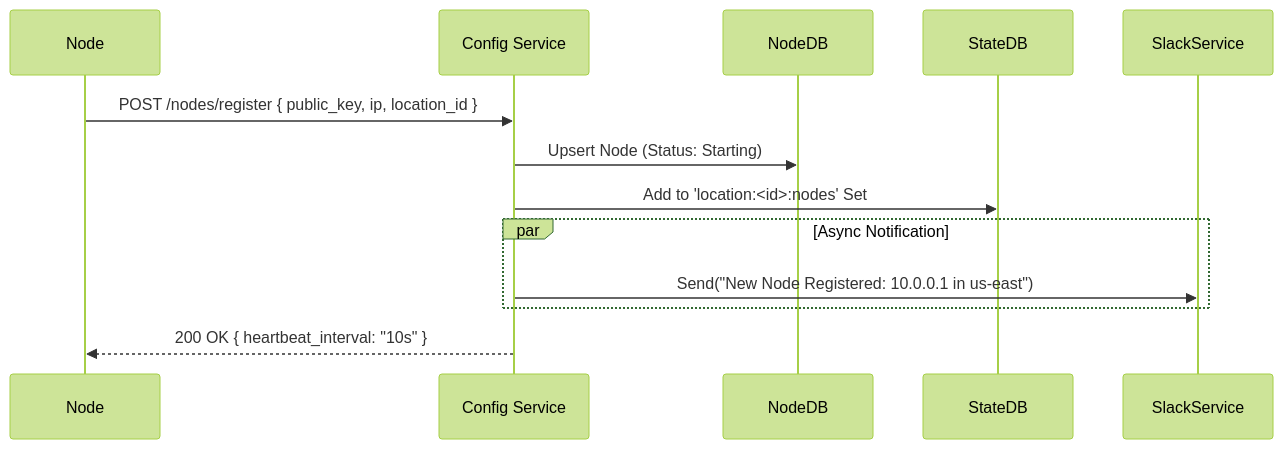
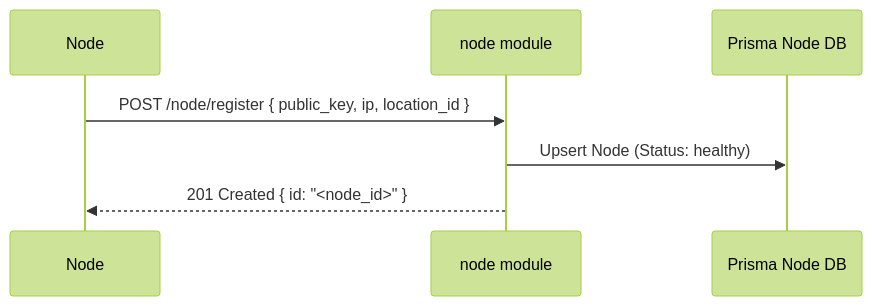
Before and after one commit to Keen-VPN/docs: the fourth of 5 diagrams in architecture/b2c-backend-design.md, drawn with Mermaid (forest theme). The commit also changed other lines of this file and 15 other files, not shown here.

````diff
--- a/architecture/b2c-backend-design.md
+++ b/architecture/b2c-backend-design.md
@@ -522,18 +147,11 @@
-    ```mermaid
-    sequenceDiagram
-        participant Node
-        participant Config as Config Service
-        participant DB as NodeDB
-        participant Redis as StateDB
-        participant Slack as SlackService
+```mermaid
+sequenceDiagram
+    participant Node
+    participant Nodes as node module
+    participant DB as Prisma Node DB
 
-        Node->>Config: POST /nodes/register { public_key, ip, location_id }
-        Config->>DB: Upsert Node (Status: Starting)
-        Config->>Redis: Add to 'location:<id>:nodes' Set
-        
-        par Async Notification
-            Config->>Slack: Send("New Node Registered: 10.0.0.1 in us-east")
-        end
-
-        Config-->>Node: 200 OK { heartbeat_interval: "10s" }
-    ```
+    Node->>Nodes: POST /node/register { public_key, ip, location_id }
+    Nodes->>DB: Upsert Node (Status: healthy)
+    
+    Nodes-->>Node: 201 Created { id: "<node_id>" }
+```
````
